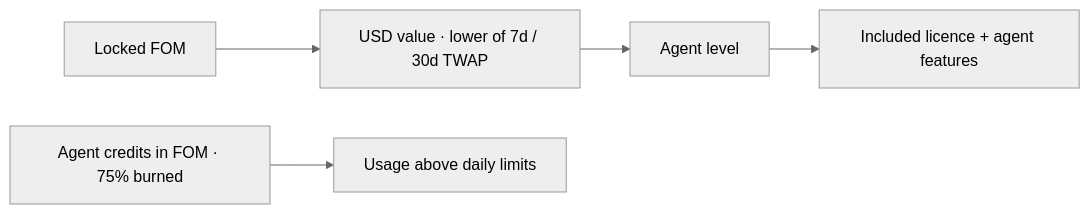
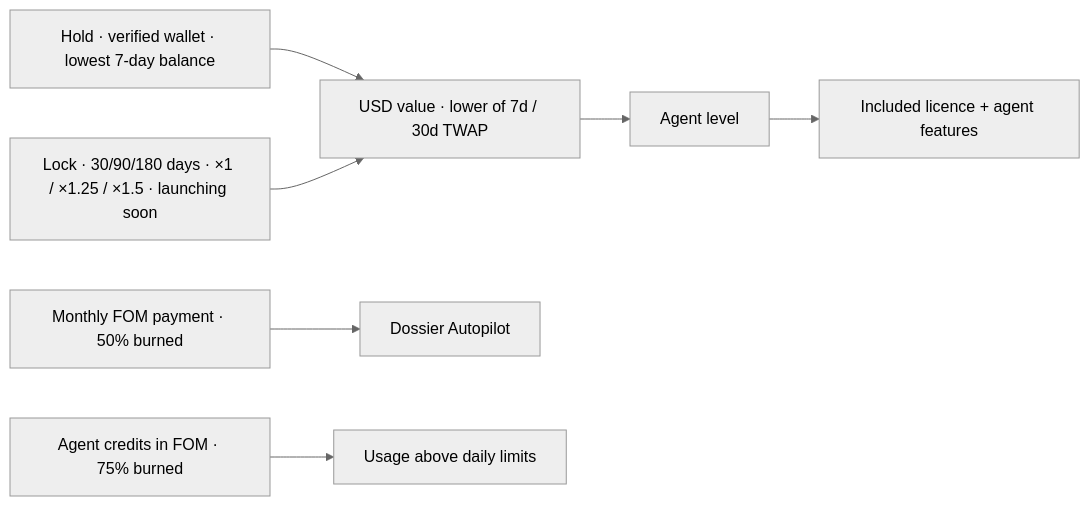
Before and after one commit to formionai/docs: the diagram in fom-token.md, drawn with Mermaid (neutral theme). The commit also changed other lines of this file and 8 other files, not shown here.

Commit message:
FOM: hold, lock (launching soon) and Dossier Autopilot paid in FOM (50% burned)

````diff
--- a/fom-token.md
+++ b/fom-token.md
@@ -94,7 +127,9 @@
 ```mermaid
 flowchart LR
-  FOM[Locked FOM] --> Value[USD value · lower of 7d / 30d TWAP]
+  Hold[Hold · verified wallet · lowest 7-day balance] --> Value[USD value · lower of 7d / 30d TWAP]
+  Lock[Lock · 30/90/180 days · ×1 / ×1.25 / ×1.5 · launching soon] --> Value
   Value --> Level[Agent level]
   Level --> Licence[Included licence + agent features]
+  Pay[Monthly FOM payment · 50% burned] --> Autopilot[Dossier Autopilot]
   Credits[Agent credits in FOM · 75% burned] --> Extra[Usage above daily limits]
 ```
````
